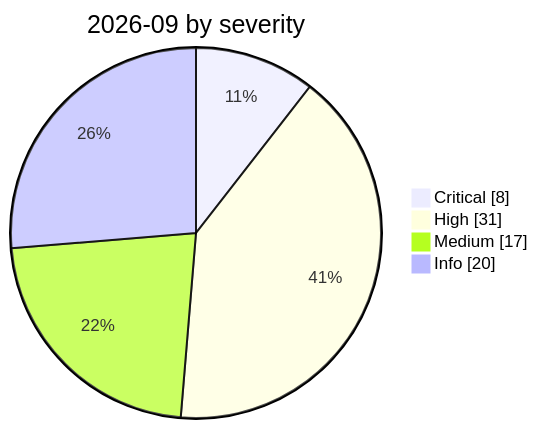
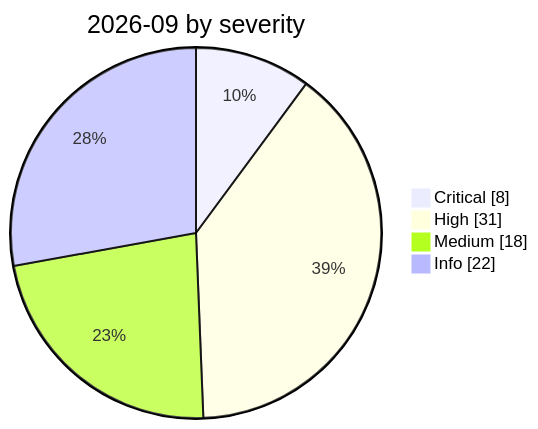
The diagram in incidents/2026-09/README.md (Continuum-AI-Corp/Orca-AI-Incident-Archive), drawn with Mermaid before and after one commit. The commit also changed other lines of this file and 33 other files, not shown here.

````diff
--- a/incidents/2026-09/README.md
+++ b/incidents/2026-09/README.md
@@ -8,8 +8,8 @@
 ```mermaid
 pie showData
     title 2026-09 by severity
     "Critical" : 8
     "High" : 31
-    "Medium" : 17
-    "Info" : 20
+    "Medium" : 18
+    "Info" : 22
 ```
````
